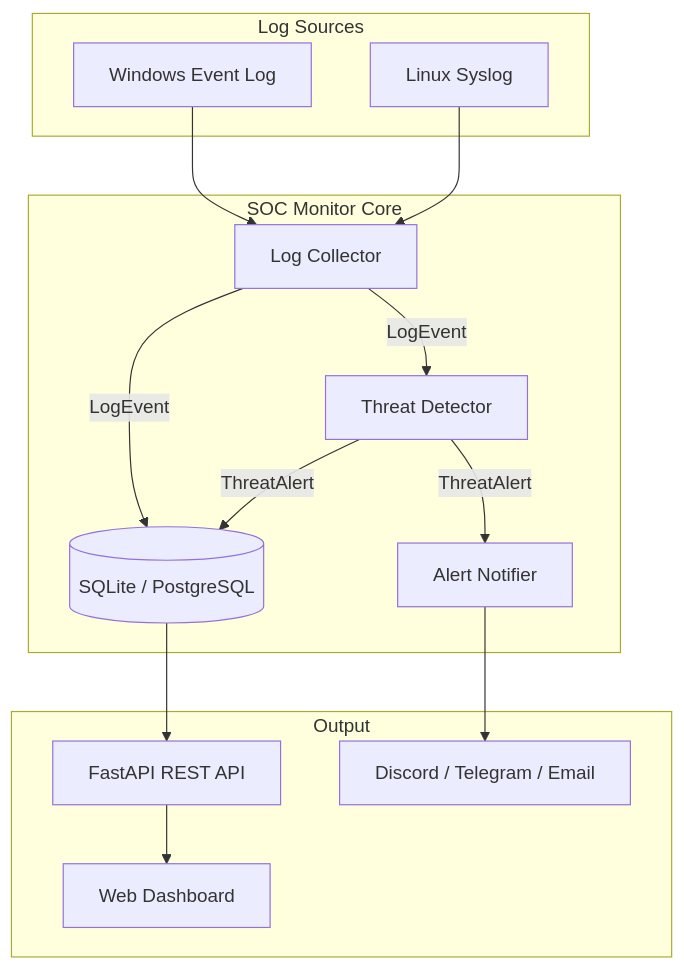
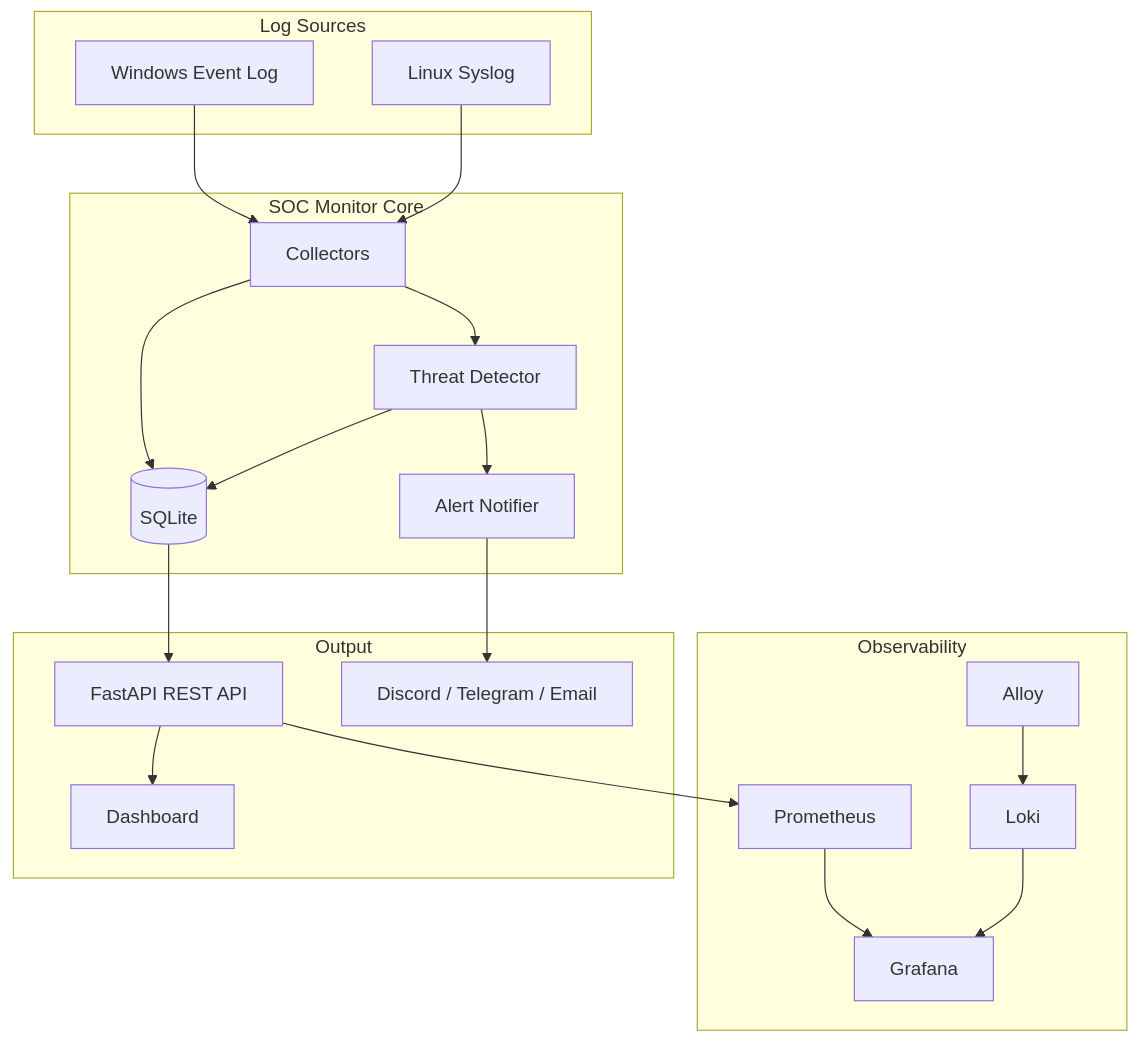
Before and after one commit to Dimitriskatsanos42/SOC-Monitoring-Threat-Detection-Framework: the diagram in README.md, drawn with Mermaid. The commit also changed other lines of this file and 34 other files, not shown here.

Commit message:
Update SOC Monitoring Threat Detection Framework

````diff
--- a/README.md
+++ b/README.md
@@ -54,30 +56,41 @@
 ```mermaid
 flowchart TB
-    subgraph Sources["Log Sources"]
+    subgraph Sources[Log Sources]
         WE[Windows Event Log]
         LS[Linux Syslog]
     end
 
-    subgraph Core["SOC Monitor Core"]
-        COL[Log Collector]
-        DB[(SQLite / PostgreSQL)]
+    subgraph Core[SOC Monitor Core]
+        COL[Collectors]
+        DB[(SQLite)]
         TD[Threat Detector]
         NT[Alert Notifier]
     end
 
-    subgraph Output["Output"]
+    subgraph Observability[Observability]
+        PM[Prometheus]
+        G[Grafana]
+        L[Loki]
+        A[Alloy]
+    end
+
+    subgraph Output[Output]
         API[FastAPI REST API]
-        DASH[Web Dashboard]
+        DASH[Dashboard]
         EXT[Discord / Telegram / Email]
     end
 
     WE --> COL
     LS --> COL
-    COL -->|LogEvent| DB
-    COL -->|LogEvent| TD
-    TD -->|ThreatAlert| DB
-    TD -->|ThreatAlert| NT
+    COL --> DB
+    COL --> TD
+    TD --> DB
+    TD --> NT
     NT --> EXT
     DB --> API
     API --> DASH
+    API --> PM
+    PM --> G
+    A --> L
+    L --> G
 ```
````
